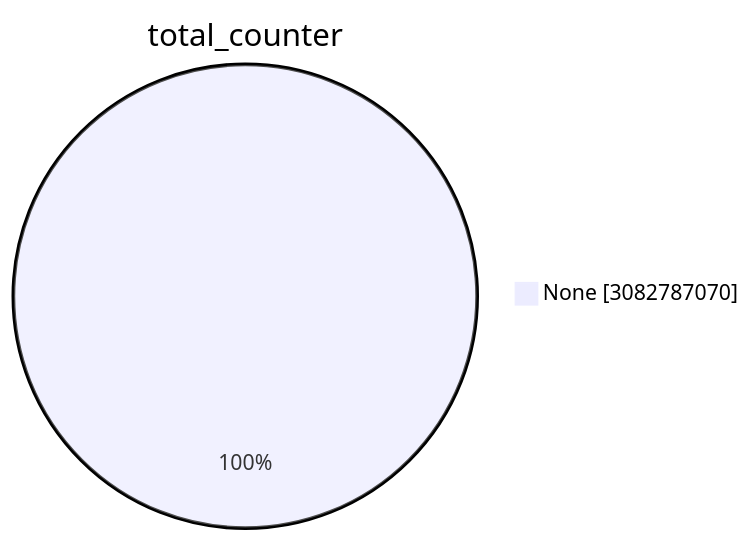
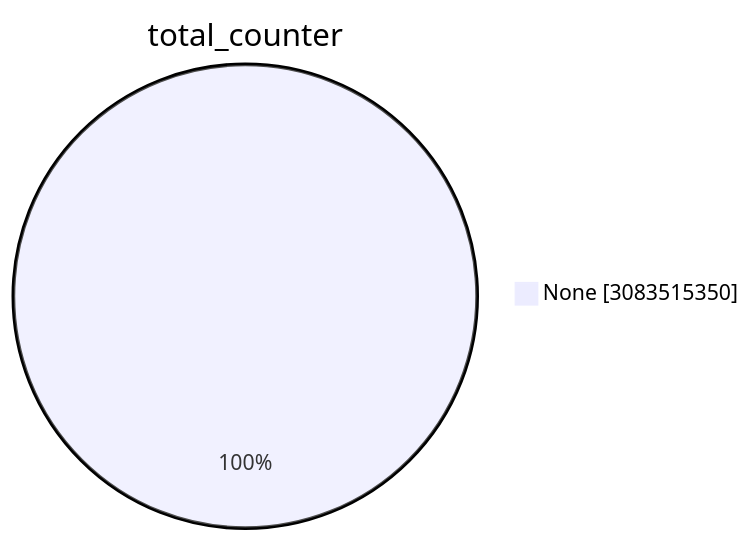
The first of 15 diagrams in TOTAL/README.md (christiankrug/ctmonitor_visualization), drawn with Mermaid before and after one commit. The commit also changed other lines of this file, not shown here.

````diff
--- a/TOTAL/README.md
+++ b/TOTAL/README.md
@@ -1,5 +1,5 @@
 ```mermaid
 pie showData
 title total_counter
-"None" :3082787070
+"None" :3083515350
 ```
````
